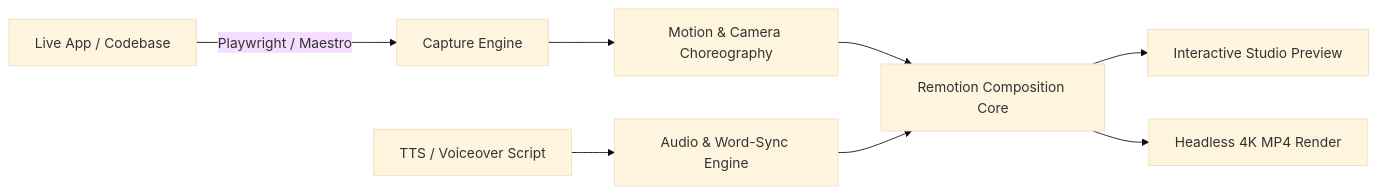
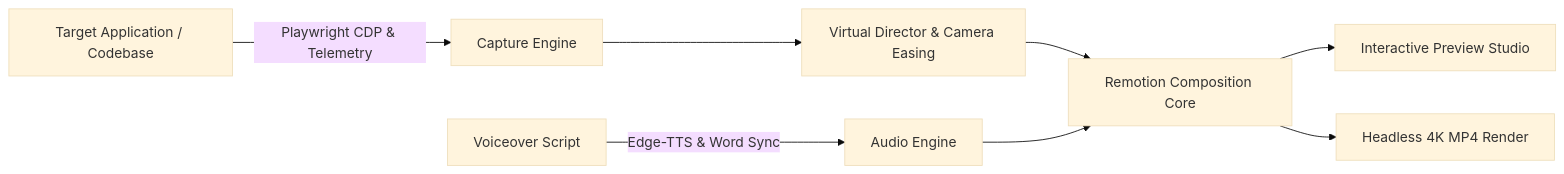
One commit to theGoodB0rg/MotionPicturesToolkit changed the diagram in README.md. Above: the diagram before and after it, drawn with Mermaid (base theme). The commit also changed other lines of this file and 2 other files, not shown here.

````diff
--- a/README.md
+++ b/README.md
@@ -23,9 +35,9 @@
 ```mermaid
 graph LR
-    A[Live App / Codebase] -->|Playwright / Maestro| B[Capture Engine]
-    B --> C[Motion & Camera Choreography]
-    D[TTS / Voiceover Script] --> E[Audio & Word-Sync Engine]
+    A[Target Application / Codebase] -->|Playwright CDP & Telemetry| B[Capture Engine]
+    B --> C[Virtual Director & Camera Easing]
+    D[Voiceover Script] -->|Edge-TTS & Word Sync| E[Audio Engine]
     C & E --> F[Remotion Composition Core]
-    F --> G[Interactive Studio Preview]
+    F --> G[Interactive Preview Studio]
     F --> H[Headless 4K MP4 Render]
 ```
````
